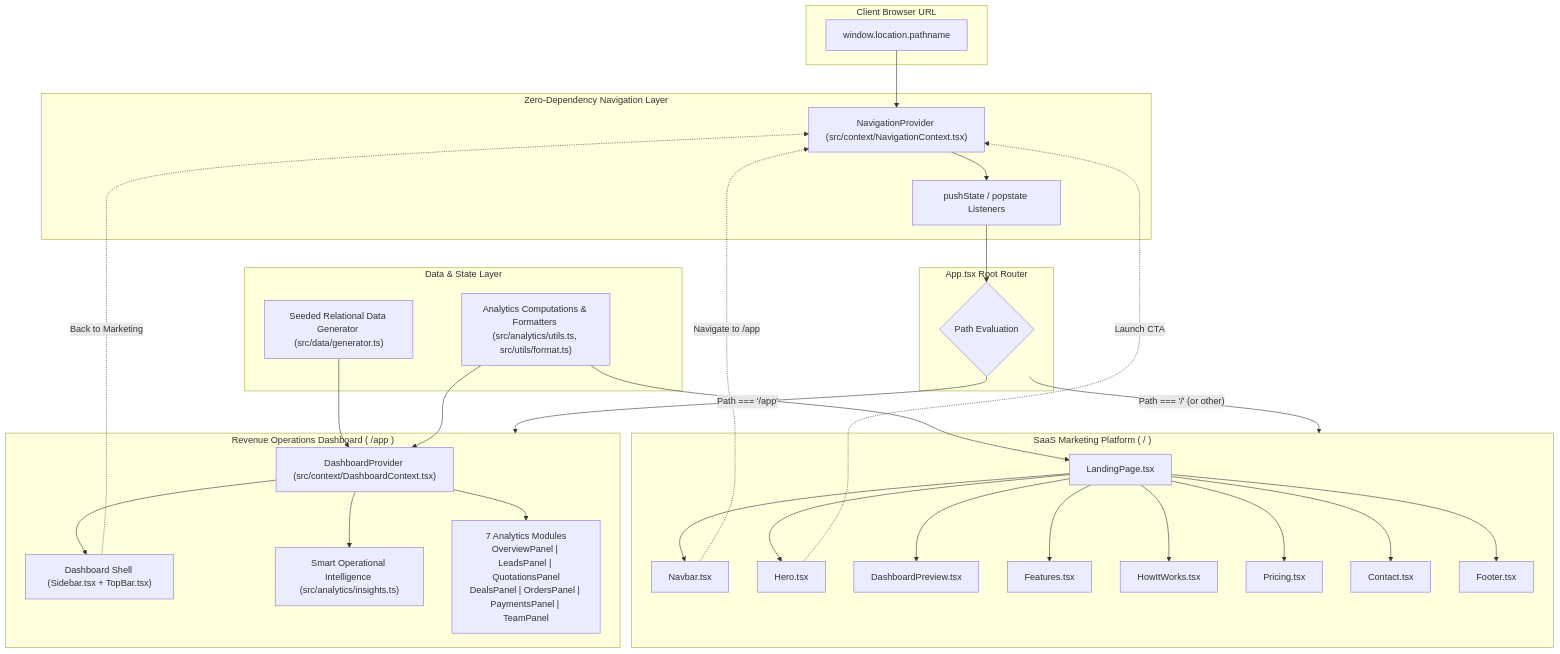
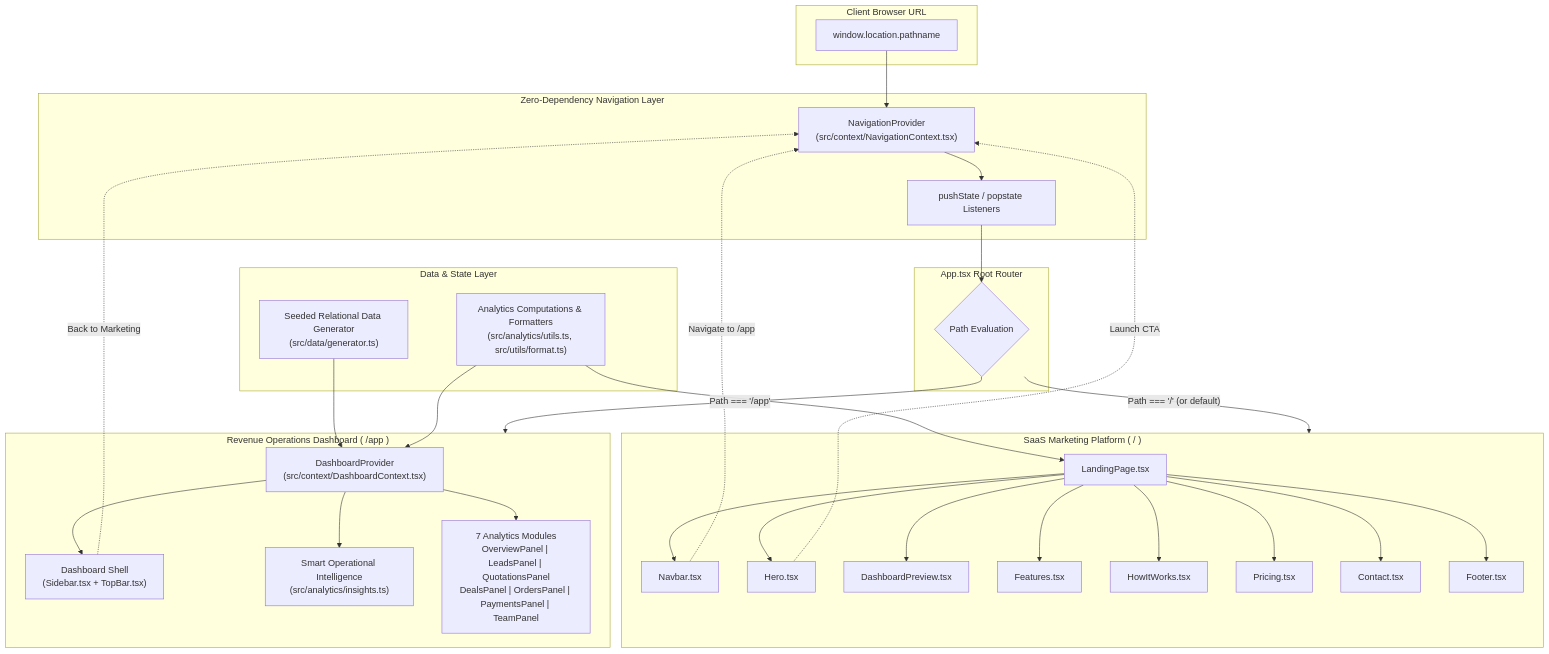
The diagram in README.md (mayanksinha17/bizpro-analytics-dashboard), drawn with Mermaid before and after one commit. The commit also changed other lines of this file, not shown here.

````diff
--- a/README.md
+++ b/README.md
@@ -158,54 +154,54 @@
 ```mermaid
 flowchart TD
     subgraph Browser ["Client Browser URL"]
         URL["window.location.pathname"]
     end
 
     subgraph Navigation ["Zero-Dependency Navigation Layer"]
-        NavContext["NavigationProvider (src/context/NavigationContext.tsx)"]
+        NavContext["NavigationProvider<br/>(src/context/NavigationContext.tsx)"]
         History["pushState / popstate Listeners"]
     end
 
     subgraph RootRouter ["App.tsx Root Router"]
         RouterSwitch{"Path Evaluation"}
     end
 
     subgraph LandingSite ["SaaS Marketing Platform ( / )"]
         LP["LandingPage.tsx"]
         LP --> Navbar["Navbar.tsx"]
         LP --> Hero["Hero.tsx"]
         LP --> Preview["DashboardPreview.tsx"]
         LP --> Features["Features.tsx"]
         LP --> HowItWorks["HowItWorks.tsx"]
         LP --> Pricing["Pricing.tsx"]
         LP --> Contact["Contact.tsx"]
         LP --> Footer["Footer.tsx"]
     end
 
     subgraph AnalyticsApp ["Revenue Operations Dashboard ( /app )"]
-        DP["DashboardProvider (src/context/DashboardContext.tsx)"]
-        Shell["Dashboard Shell (Sidebar.tsx + TopBar.tsx)"]
-        InsightsEngine["Smart Operational Intelligence (src/analytics/insights.ts)"]
-        Panels["7 Analytics Modules\nOverviewPanel | LeadsPanel | QuotationsPanel\nDealsPanel | OrdersPanel | PaymentsPanel | TeamPanel"]
+        DP["DashboardProvider<br/>(src/context/DashboardContext.tsx)"]
+        Shell["Dashboard Shell<br/>(Sidebar.tsx + TopBar.tsx)"]
+        InsightsEngine["Smart Operational Intelligence<br/>(src/analytics/insights.ts)"]
+        Panels["7 Analytics Modules<br/>OverviewPanel | LeadsPanel | QuotationsPanel<br/>DealsPanel | OrdersPanel | PaymentsPanel | TeamPanel"]
         DP --> Shell
         DP --> InsightsEngine
         DP --> Panels
     end
 
     subgraph DataLayer ["Data & State Layer"]
-        DataGen["Seeded Relational Data Generator (src/data/generator.ts)"]
-        Utils["Analytics Computations & Formatters (src/analytics/utils.ts, src/utils/format.ts)"]
+        DataGen["Seeded Relational Data Generator<br/>(src/data/generator.ts)"]
+        Utils["Analytics Computations & Formatters<br/>(src/analytics/utils.ts, src/utils/format.ts)"]
         DataGen --> DP
         Utils --> DP
         Utils --> LP
     end
 
     URL --> NavContext
     NavContext --> History
     History --> RouterSwitch
     RouterSwitch -->|"Path === '/app'"| AnalyticsApp
-    RouterSwitch -->|"Path === '/' (or other)"| LandingSite
+    RouterSwitch -->|"Path === '/' (or default)"| LandingSite
     Navbar -.->|"Navigate to /app"| NavContext
     Hero -.->|"Launch CTA"| NavContext
     Shell -.->|"Back to Marketing"| NavContext
 ```
````
